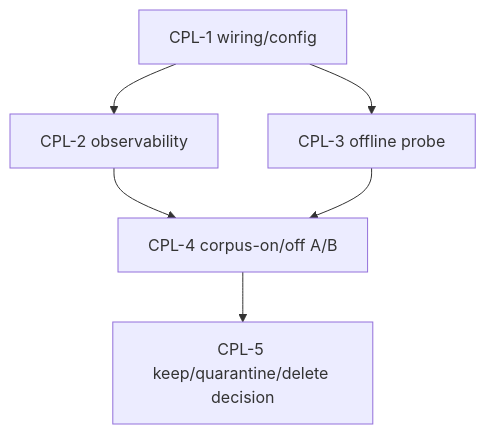
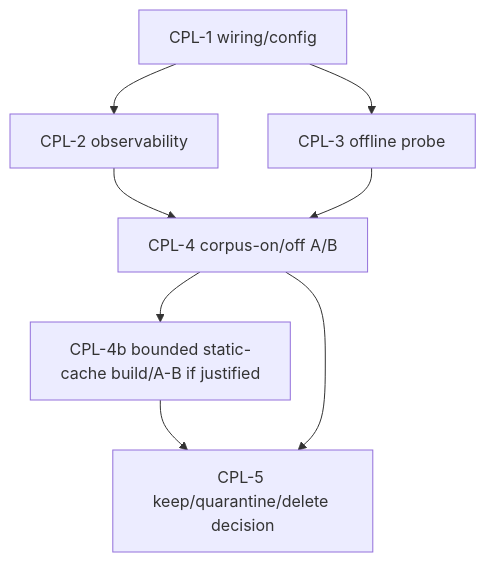
Before and after one commit to pestopoppa/epyc-root: the diagram in handoffs/active/corpus-augmented-prompt-lookup-revalidation.md, drawn with Mermaid. The commit also changed other lines of this file and 2 other files, not shown here.

````diff
--- a/handoffs/active/corpus-augmented-prompt-lookup-revalidation.md
+++ b/handoffs/active/corpus-augmented-prompt-lookup-revalidation.md
@@ -122,8 +134,10 @@
 ```mermaid
 flowchart TD
     C1[CPL-1 wiring/config] --> C2[CPL-2 observability]
     C1 --> C3[CPL-3 offline probe]
     C2 --> C4[CPL-4 corpus-on/off A/B]
     C3 --> C4
-    C4 --> C5[CPL-5 keep/quarantine/delete decision]
+    C4 --> C4B[CPL-4b bounded static-cache build/A-B if justified]
+    C4B --> C5[CPL-5 keep/quarantine/delete decision]
+    C4 --> C5
 ```
````
